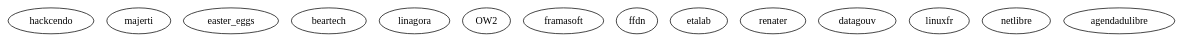
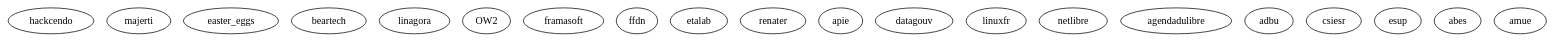
One commit to eiro/eiro.github.com changed the diagram in e-france/whoswho.dot. Above: the diagram before and after it, drawn with Graphviz. The commit also changed 2 other files, not shown here.

```diff
--- a/e-france/whoswho.dot
+++ b/e-france/whoswho.dot
@@ -1,31 +1,37 @@
 digraph "who's who" {
 
     // ssll a l'esprit libre
     hackcendo; majerti;
 
     // ssll bons contacts
     easter_eggs;
 
     // ssll trust of trust L1
     beartech;
 
     // stay away
     linagora;
 
     // fondations
     OW2 ;
 
     // organismes associatifs
     framasoft ; ffdn ;
     // organismes privés
 
     // organismes publics
-    etalab ; renater ;
+    etalab ; renater ; apie ;
 
     // initiatives
     datagouv;
 
     // canaux
     linuxfr ; netlibre ; agendadulibre
 
+    adbu   ; // bibliothèques universitaires
+    csiesr ; // semble très "politisée"
+    esup   ; // semble très "politisée"
+    abes   ;
+    amue   ; // visiblement pas libre
+
 }
```
